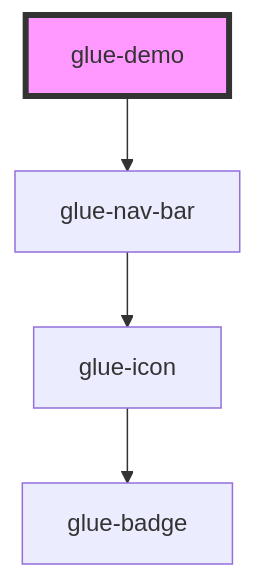
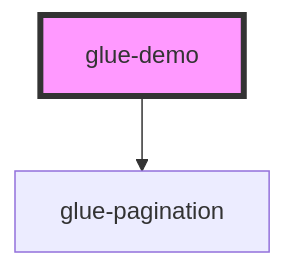
The diagram in packages/glue-components/src/components/glue-demo/readme.md (grasilife/glue), drawn with Mermaid before and after one commit. The commit also changed other lines of this file and 15 other files, not shown here.

````diff
--- a/packages/glue-components/src/components/glue-demo/readme.md
+++ b/packages/glue-components/src/components/glue-demo/readme.md
@@ -15,7 +15,5 @@
 ```mermaid
 graph TD;
-  glue-demo --> glue-nav-bar
-  glue-nav-bar --> glue-icon
-  glue-icon --> glue-badge
+  glue-demo --> glue-pagination
   style glue-demo fill:#f9f,stroke:#333,stroke-width:4px
 ```
````
